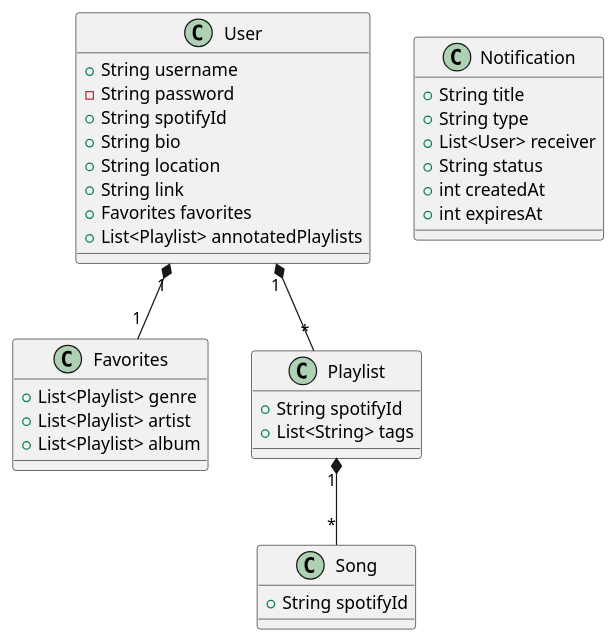
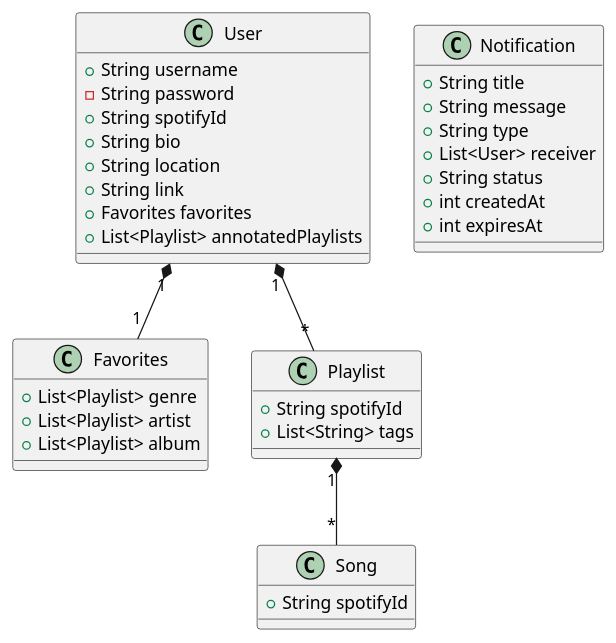
The diagram in db_structure.puml (kadelk04/Spinterest), drawn with PlantUML before and after one commit.

```diff
--- a/db_structure.puml
+++ b/db_structure.puml
@@ -2,47 +2,48 @@
 @startuml db_structure
 'Users structure'
 class User {
     +String username
     -String password
     +String spotifyId
     +String bio
     +String location
     +String link
     +Favorites favorites
     +List<Playlist> annotatedPlaylists
 }
 
 'Favorites structure'
 class Favorites {
     +List<Playlist> genre
     +List<Playlist> artist
     +List<Playlist> album
 }
 
 'Playlist structure'
 class Playlist {
     +String spotifyId
     +List<String> tags
 }
 
 'Song structure'
 class Song {
     +String spotifyId
 }
 
 'Notification Structure'
 class Notification {
     +String title
+    +String message
     +String type
     +List<User> receiver
     +String status
     +int createdAt
     +int expiresAt
 }
 
 Playlist "1" *-- "*" Song
 
 User "1" *-- "*" Playlist
 
 User "1" *-- "1" Favorites
 @enduml
```
